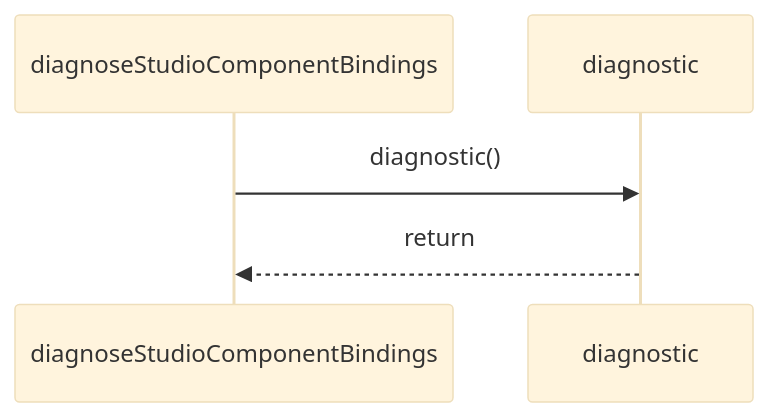
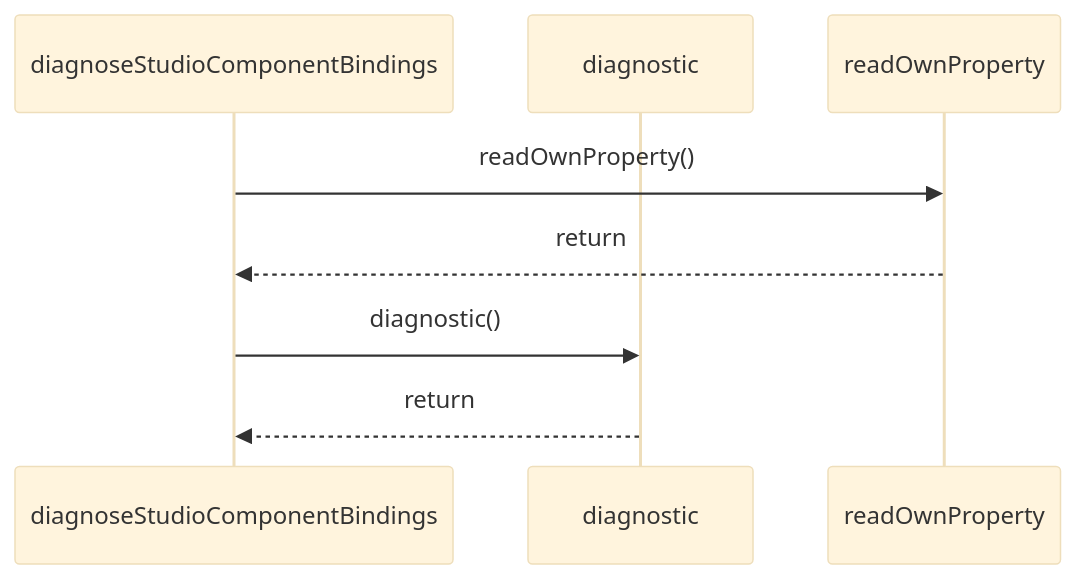
One commit to ankhorage/studio changed the diagram in paradox/diagrams/sequences/diagnose-studio-component-bindings.mmd. Above: the diagram before and after it, drawn with Mermaid (base theme). The commit also changed 18 other files, not shown here.

```diff
--- a/paradox/diagrams/sequences/diagnose-studio-component-bindings.mmd
+++ b/paradox/diagrams/sequences/diagnose-studio-component-bindings.mmd
@@ -1,5 +1,8 @@
 sequenceDiagram
   participant participant_diagnoseStudioComponentBindings as diagnoseStudioComponentBindings
   participant participant_diagnostic as diagnostic
+  participant participant_readOwnProperty as readOwnProperty
+  participant_diagnoseStudioComponentBindings->>participant_readOwnProperty: readOwnProperty()
+  participant_readOwnProperty-->>participant_diagnoseStudioComponentBindings: return
   participant_diagnoseStudioComponentBindings->>participant_diagnostic: diagnostic()
   participant_diagnostic-->>participant_diagnoseStudioComponentBindings: return
```
